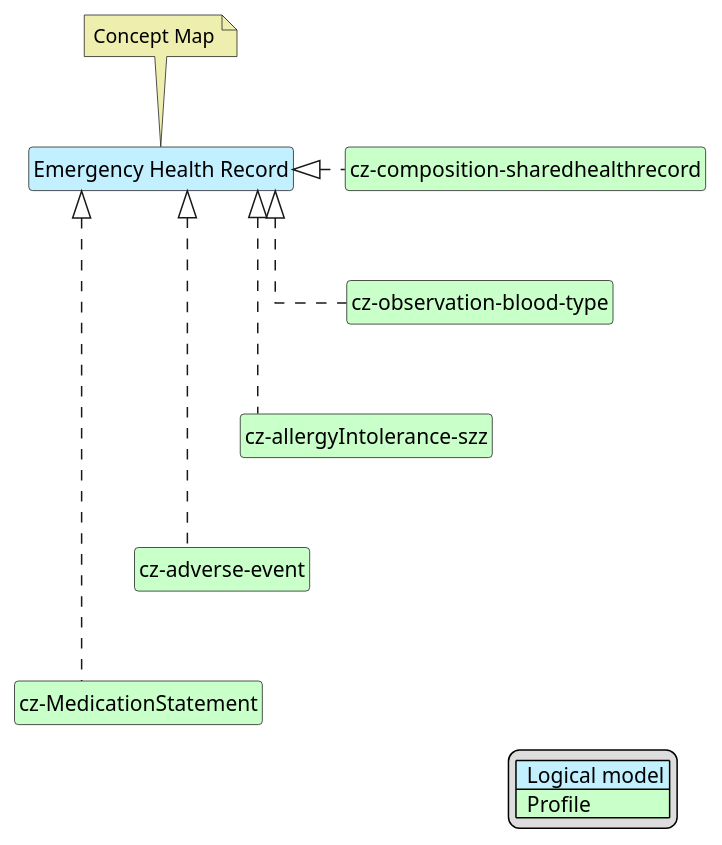
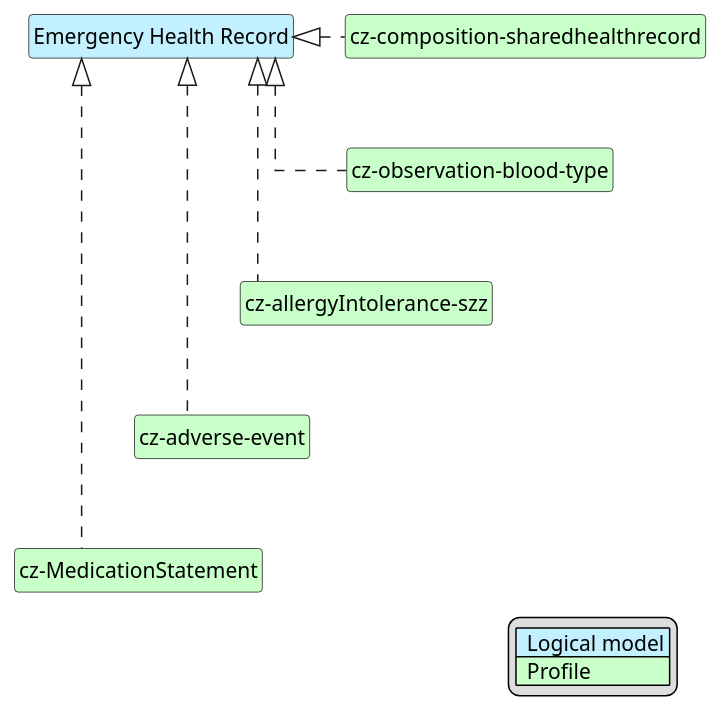
The diagram in input/images-source/szz-ezz-map.plantuml (HL7-cz/szz), drawn with PlantUML before and after one commit. The commit also changed 13 other files, not shown here.

```diff
--- a/input/images-source/szz-ezz-map.plantuml
+++ b/input/images-source/szz-ezz-map.plantuml
@@ -1,38 +1,35 @@
 @startuml
 hide circle
 hide stereotype
 hide members
 hide methods
 skinparam linetype ortho
 skinparam class {
 BackgroundColor<<LogicalModel>> #APPLICATION
 BackgroundColor<<Profile>> #TECHNOLOGY
 }
 legend right
 | <#APPLICATION>  Logical model |
 | <#TECHNOLOGY>  Profile |
 endlegend
 
 class "Emergency Health Record" <<LogicalModel>> [[StructureDefinition-EmergencyRecordCz.html]]
-note top #EEEEAE [[ConceptMap-EmergencyRecord2FHIR-cz.html]]
-Concept Map
-endnote
 
 class "cz-composition-sharedhealthrecord" <<Profile>> [[StructureDefinition-cz-composition-sharedhealthrecord.html]]
 class "cz-observation-blood-type" <<Profile>> [[StructureDefinition-cz-observation-blood-type.html]]
 class "cz-allergyIntolerance-szz" <<Profile>> [[StructureDefinition-cz-allergyIntolerance-szz.html]]
 class "cz-adverse-event" <<Profile>> [[StructureDefinition-cz-adverse-event.html]]
 class "cz-MedicationStatement" <<Profile>> [[https://build.fhir.org/ig/HL7-cz/cz-core/StructureDefinition-cz-MedicationStatement.html]]
 
 "Emergency Health Record" <|. "cz-composition-sharedhealthrecord"
 "Emergency Health Record" <|. "cz-observation-blood-type"
 "Emergency Health Record" <|. "cz-allergyIntolerance-szz"
 "Emergency Health Record" <|. "cz-adverse-event"
 "Emergency Health Record" <|. "cz-MedicationStatement"
 
 "cz-composition-sharedhealthrecord" -d[hidden]-> "cz-observation-blood-type"
 "cz-observation-blood-type" -d[hidden]-> "cz-allergyIntolerance-szz"
 "cz-allergyIntolerance-szz" -d[hidden]-> "cz-adverse-event"
 "cz-adverse-event" -d[hidden]-> "cz-MedicationStatement"
 
 @enduml
```
